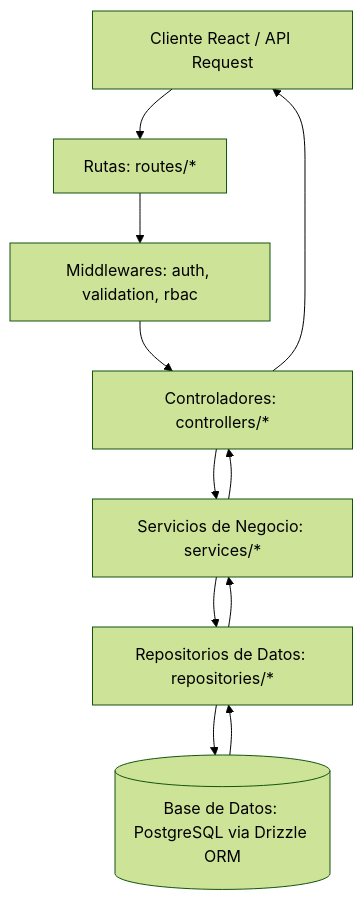
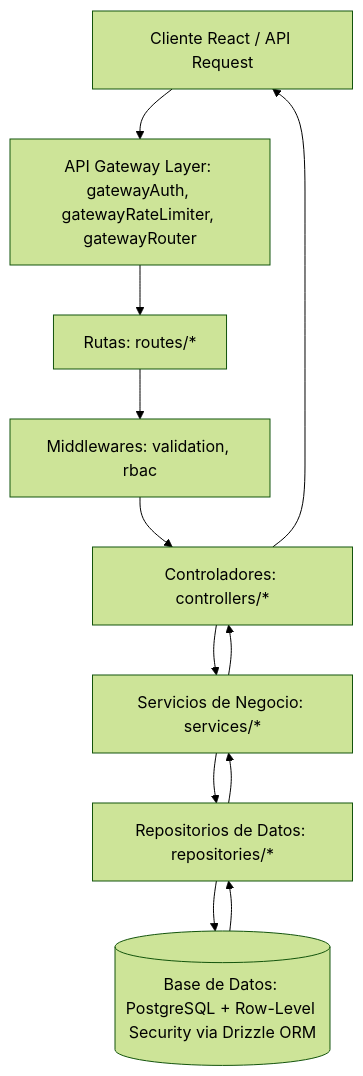
One commit to Velmar-Technology/msp_client_portal changed the diagram in TECHNICAL_DOCUMENTATION.md. Above: the diagram before and after it, drawn with Mermaid (forest theme). The commit also changed other lines of this file and 1 other file, not shown here.

Commit message:
docs: update README and technical documentation for API Gateway layer and RLS

````diff
--- a/TECHNICAL_DOCUMENTATION.md
+++ b/TECHNICAL_DOCUMENTATION.md
@@ -13,13 +13,14 @@
 ```mermaid
 graph TD
-    Client[Cliente React / API Request] --> Routes[Rutas: routes/*]
-    Routes --> Middlewares[Middlewares: auth, validation, rbac]
+    Client[Cliente React / API Request] --> Gateway[API Gateway Layer: gatewayAuth, gatewayRateLimiter, gatewayRouter]
+    Gateway --> Routes[Rutas: routes/*]
+    Routes --> Middlewares[Middlewares: validation, rbac]
     Middlewares --> Controllers[Controladores: controllers/*]
     Controllers --> Services[Servicios de Negocio: services/*]
     Services --> Repositories[Repositorios de Datos: repositories/*]
-    Repositories --> DB[(Base de Datos: PostgreSQL via Drizzle ORM)]
+    Repositories --> DB[(Base de Datos: PostgreSQL + Row-Level Security via Drizzle ORM)]
     DB --> Repositories
     Repositories --> Services
     Services --> Controllers
     Controllers --> Client
 ```
````
